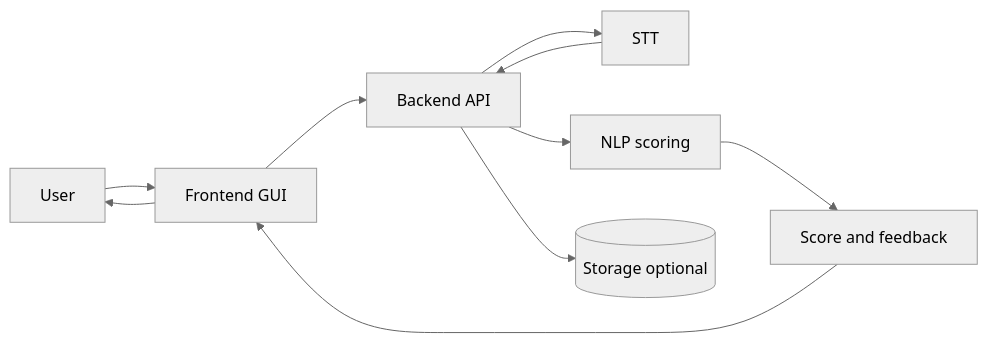
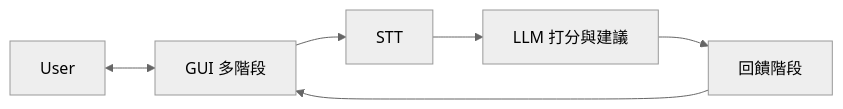
One commit to louis-li-builds/mock-interview-coach-stt-star-feedback-scoring-nlp-uts-project changed the diagram in docs/zh-TW/README.md. Above: the diagram before and after it, drawn with Mermaid (neutral theme). The commit also changed other lines of this file and 2 other files, not shown here.

Commit message:
docs: align README with staged GUI, STT, and LLM pipeline

````diff
--- a/docs/zh-TW/README.md
+++ b/docs/zh-TW/README.md
@@ -21,13 +35,14 @@
 ```mermaid
 flowchart LR
   U[User]
-  FE[Frontend GUI]
-  API[Backend API]
+  G[GUI 多階段]
   STT[STT]
-  NLP[NLP scoring]
-  OUT[Score and feedback]
-  DB[(Storage optional)]
+  LLM[LLM 打分與建議]
+  FB[回饋階段]
 
-  U --> FE --> API --> STT --> API --> NLP --> OUT --> FE --> U
-  API --> DB
+  U <--> G
+  G --> STT
+  STT --> LLM
+  LLM --> FB
+  FB --> G
 ```
````
